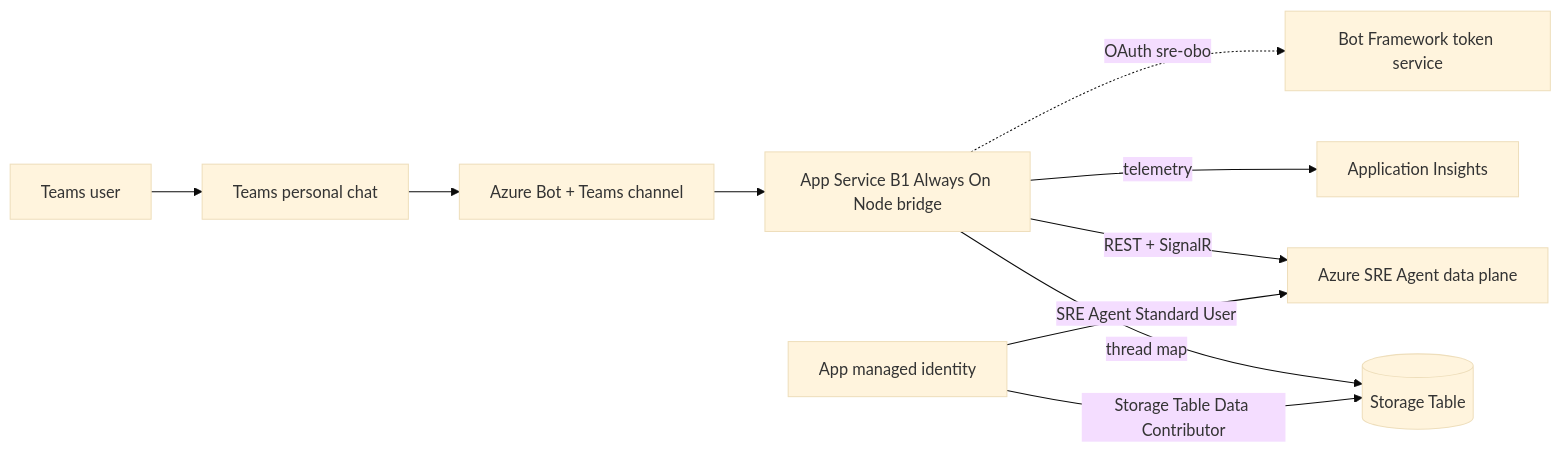
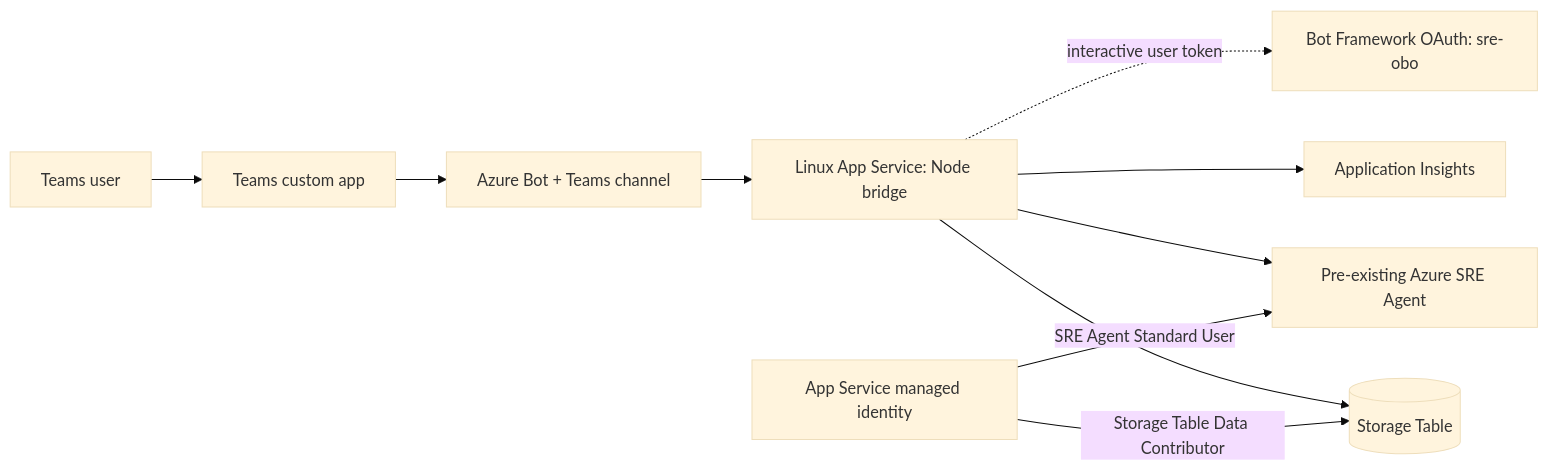
One commit to mdspinali/sre-agent-teams-bot changed the first of 2 diagrams in docs/ARCHITECTURE.md. Above: the diagram before and after it, drawn with Mermaid (base theme). The commit also changed other lines of this file and 21 other files, not shown here.

````diff
--- a/docs/ARCHITECTURE.md
+++ b/docs/ARCHITECTURE.md
@@ -5,12 +3,12 @@
 ```mermaid
 flowchart LR
-  user[Teams user] --> teams[Teams personal chat]
-  teams --> botsvc[Azure Bot + Teams channel]
-  botsvc --> app[App Service B1 Always On Node bridge]
-  app -->|thread map| tbl[(Storage Table)]
-  app -->|telemetry| ai[Application Insights]
-  app -->|REST + SignalR| sre[Azure SRE Agent data plane]
-  app -.->|OAuth sre-obo| token[Bot Framework token service]
-  mi[App managed identity] -->|Storage Table Data Contributor| tbl
+  user[Teams user] --> teams[Teams custom app]
+  teams --> bot[Azure Bot + Teams channel]
+  bot --> app[Linux App Service: Node bridge]
+  app --> table[(Storage Table)]
+  app --> insights[Application Insights]
+  app --> sre[Pre-existing Azure SRE Agent]
+  app -. interactive user token .-> token[Bot Framework OAuth: sre-obo]
+  mi[App Service managed identity] -->|Storage Table Data Contributor| table
   mi -->|SRE Agent Standard User| sre
 ```
````
